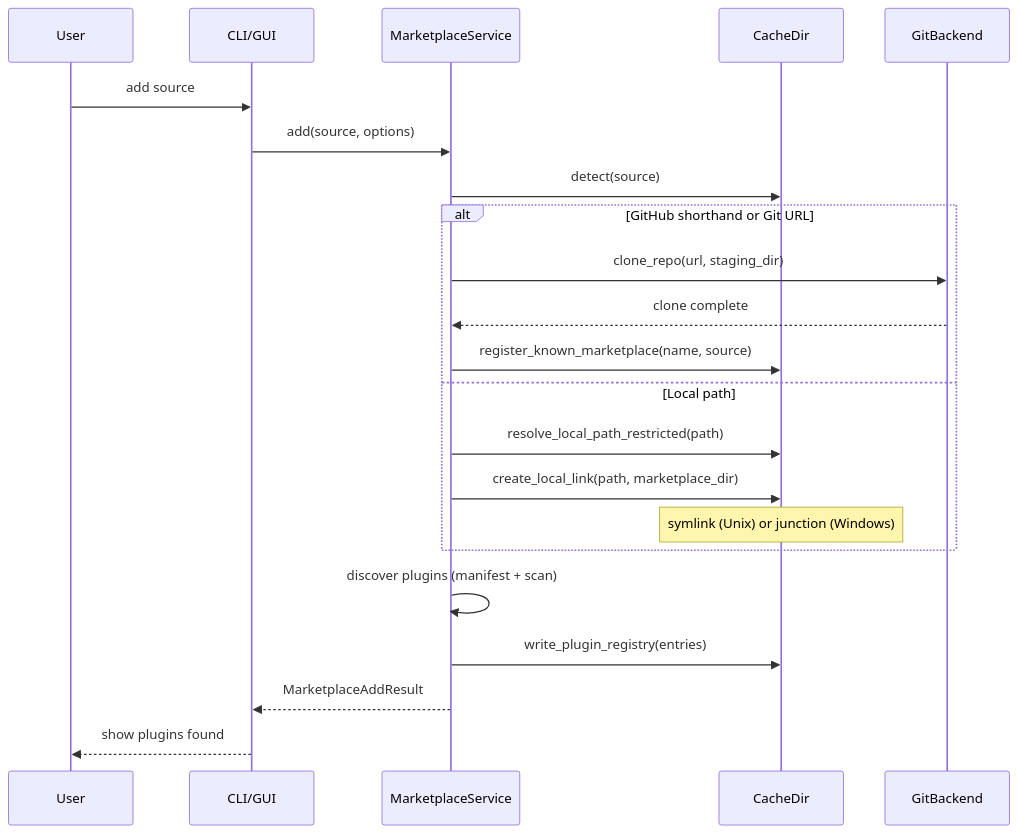
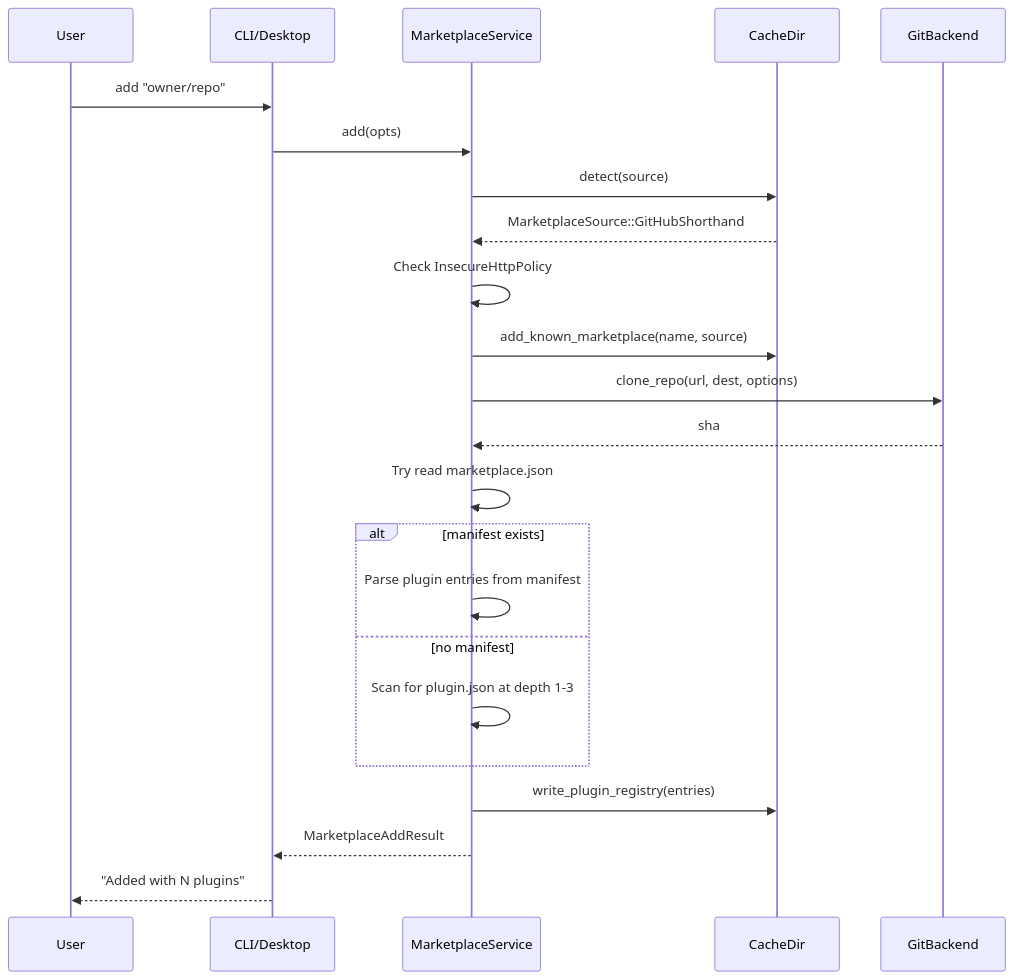
Before and after one commit to dwalleck/kiro-control-center: the first of 7 diagrams in .agents/summary/workflows.md, drawn with Mermaid. The commit also changed other lines of this file and 9 other files, not shown here.

````diff
--- a/.agents/summary/workflows.md
+++ b/.agents/summary/workflows.md
@@ -5,25 +5,26 @@
 ```mermaid
 sequenceDiagram
     participant User
-    participant Frontend as CLI/GUI
+    participant Frontend as CLI/Desktop
     participant Service as MarketplaceService
     participant Cache as CacheDir
     participant Git as GitBackend
 
-    User->>Frontend: add source
-    Frontend->>Service: add(source, options)
+    User->>Frontend: add "owner/repo"
+    Frontend->>Service: add(opts)
     Service->>Cache: detect(source)
-    alt GitHub shorthand or Git URL
-        Service->>Git: clone_repo(url, staging_dir)
-        Git-->>Service: clone complete
-        Service->>Cache: register_known_marketplace(name, source)
-    else Local path
-        Service->>Cache: resolve_local_path_restricted(path)
-        Service->>Cache: create_local_link(path, marketplace_dir)
-        Note over Cache: symlink (Unix) or junction (Windows)
+    Cache-->>Service: MarketplaceSource::GitHubShorthand
+    Service->>Service: Check InsecureHttpPolicy
+    Service->>Cache: add_known_marketplace(name, source)
+    Service->>Git: clone_repo(url, dest, options)
+    Git-->>Service: sha
+    Service->>Service: Try read marketplace.json
+    alt manifest exists
+        Service->>Service: Parse plugin entries from manifest
+    else no manifest
+        Service->>Service: Scan for plugin.json at depth 1-3
     end
-    Service->>Service: discover plugins (manifest + scan)
     Service->>Cache: write_plugin_registry(entries)
     Service-->>Frontend: MarketplaceAddResult
-    Frontend-->>User: show plugins found
+    Frontend-->>User: "Added with N plugins"
 ```
````
